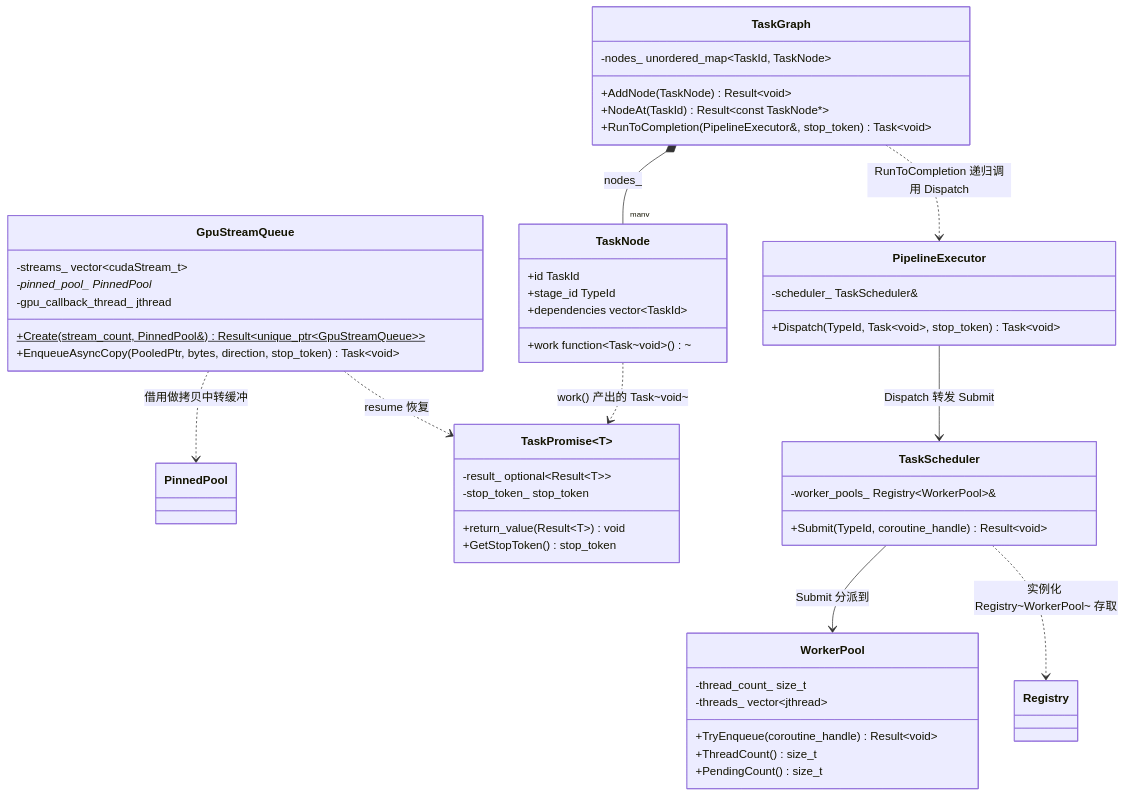
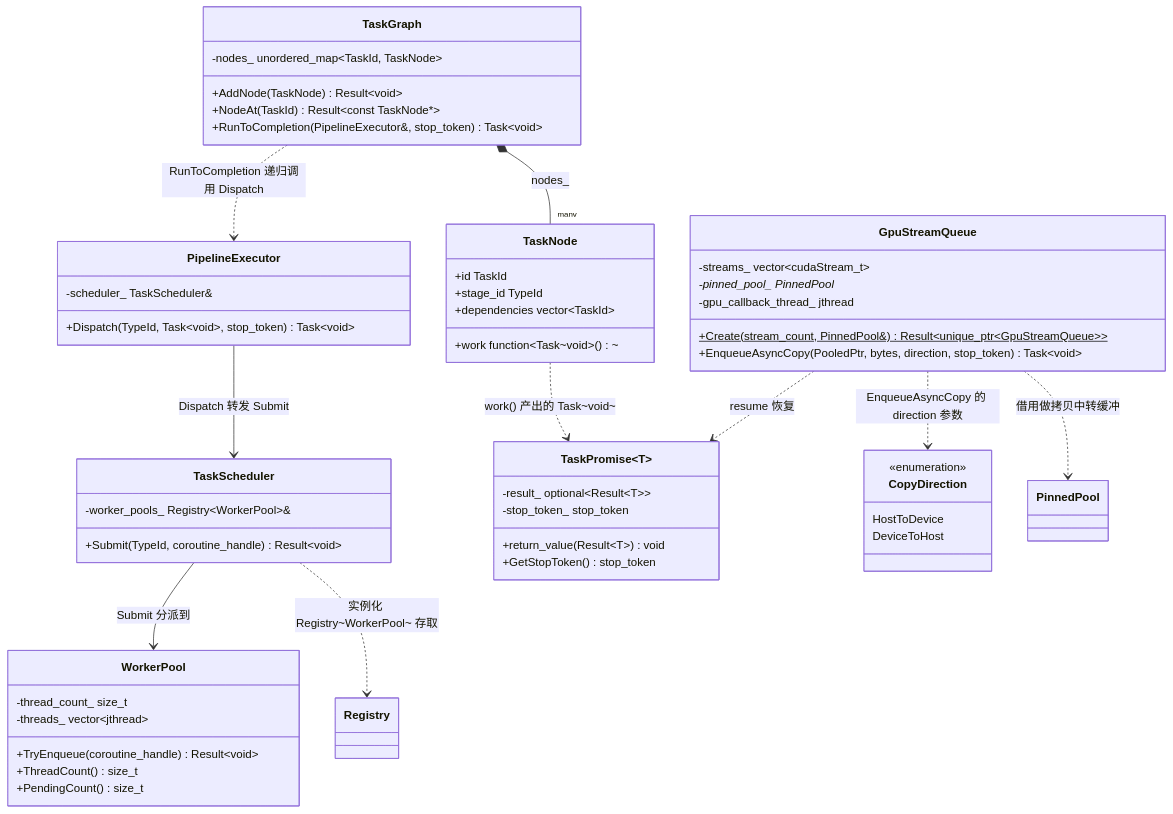
Before and after one commit to celien99/surface-ai: the first of 3 diagrams in docs/surface-ai/design/milestone-01-foundation/1.4-runtime.md, drawn with Mermaid. The commit also changed other lines of this file and 2 other files, not shown here.

Commit message:
docs: fix milestone-1 final review findings (PluginManager shutdown API, CopyDirection definition, plugin startup ordering)

````diff
--- a/docs/surface-ai/design/milestone-01-foundation/1.4-runtime.md
+++ b/docs/surface-ai/design/milestone-01-foundation/1.4-runtime.md
@@ -411,58 +423,65 @@
 ```mermaid
 classDiagram
     class WorkerPool {
         +TryEnqueue(coroutine_handle) Result~void~
         +ThreadCount() size_t
         +PendingCount() size_t
         -thread_count_ size_t
         -threads_ vector~jthread~
     }
 
     class TaskScheduler {
         +Submit(TypeId, coroutine_handle) Result~void~
         -worker_pools_ Registry~WorkerPool~&
     }
 
     class TaskPromise~T~ {
         +return_value(Result~T~) void
         +GetStopToken() stop_token
         -result_ optional~Result~T~~
         -stop_token_ stop_token
     }
 
     class GpuStreamQueue {
         +Create(stream_count, PinnedPool&)$ Result~unique_ptr~GpuStreamQueue~~
         +EnqueueAsyncCopy(PooledPtr, bytes, direction, stop_token) Task~void~
         -streams_ vector~cudaStream_t~
         -pinned_pool_ PinnedPool*
         -gpu_callback_thread_ jthread
     }
 
+    class CopyDirection {
+        <<enumeration>>
+        HostToDevice
+        DeviceToHost
+    }
+
     class TaskNode {
         +id TaskId
         +stage_id TypeId
         +work function~Task~void~()~
         +dependencies vector~TaskId~
     }
 
     class TaskGraph {
         +AddNode(TaskNode) Result~void~
         +NodeAt(TaskId) Result~const TaskNode*~
         +RunToCompletion(PipelineExecutor&, stop_token) Task~void~
         -nodes_ unordered_map~TaskId, TaskNode~
     }
 
     class PipelineExecutor {
         +Dispatch(TypeId, Task~void~, stop_token) Task~void~
         -scheduler_ TaskScheduler&
     }
 
     TaskScheduler --> WorkerPool : Submit 分派到
     TaskScheduler ..> Registry : 实例化 Registry~WorkerPool~ 存取
     GpuStreamQueue ..> PinnedPool : 借用做拷贝中转缓冲
     GpuStreamQueue ..> TaskPromise : resume 恢复
+    GpuStreamQueue ..> CopyDirection : EnqueueAsyncCopy 的 direction 参数
     TaskGraph *-- "many" TaskNode : nodes_
     TaskGraph ..> PipelineExecutor : RunToCompletion 递归调用 Dispatch
     PipelineExecutor --> TaskScheduler : Dispatch 转发 Submit
     TaskNode ..> TaskPromise : work() 产出的 Task~void~
 ```
````
